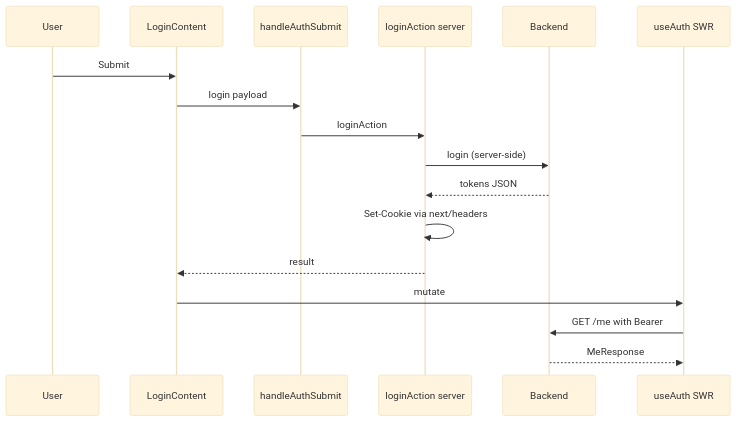
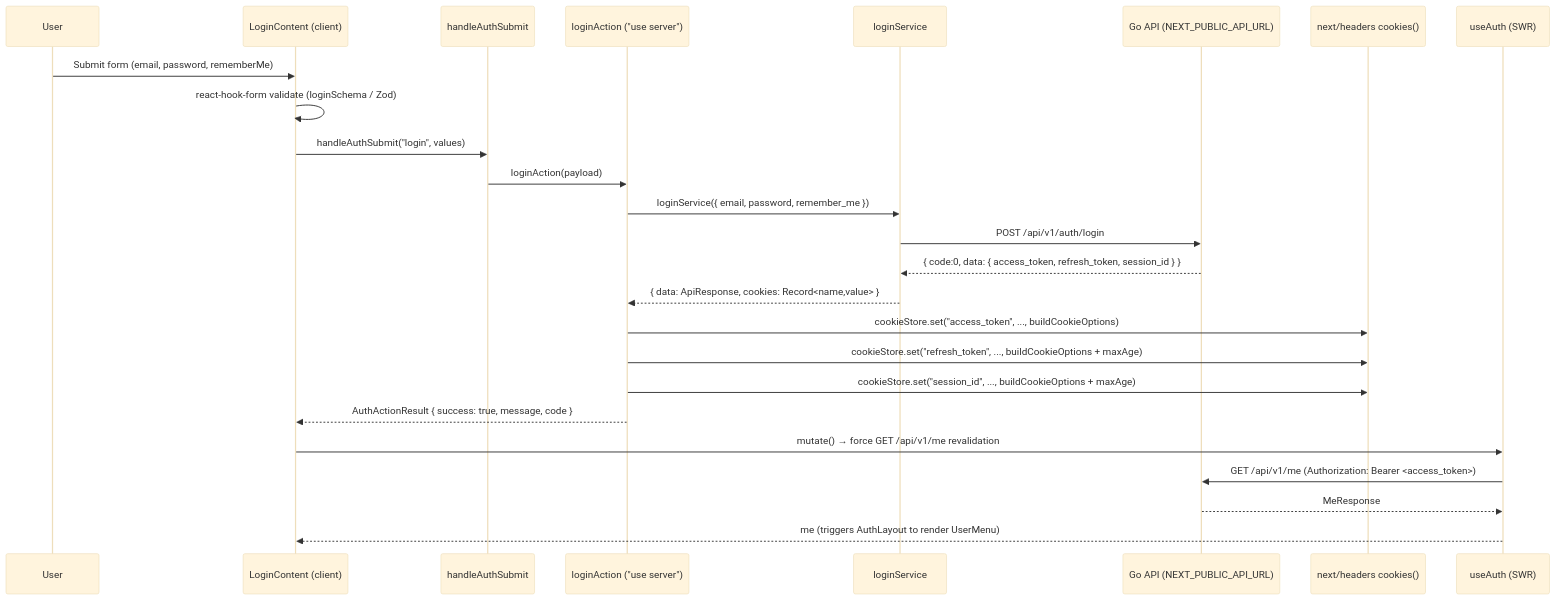
Before and after one commit to lkienkle11/fe-mycourse: the first of 2 diagrams in docs/flow.md, drawn with Mermaid (base theme). The commit also changed other lines of this file and 3 other files, not shown here.

Commit message:
docs: expand architecture deploy flow screens

````diff
--- a/docs/flow.md
+++ b/docs/flow.md
@@ -63,20 +25,28 @@
 ```mermaid
 sequenceDiagram
   participant U as User
-  participant LC as LoginContent
+  participant LC as LoginContent (client)
   participant H as handleAuthSubmit
-  participant SA as loginAction server
-  participant API as Backend
-  participant SWR as useAuth SWR
+  participant SA as loginAction ("use server")
+  participant LS as loginService
+  participant API as Go API (NEXT_PUBLIC_API_URL)
+  participant CK as next/headers cookies()
+  participant SWR as useAuth (SWR)
 
-  U->>LC: Submit
-  LC->>H: login payload
-  H->>SA: loginAction
-  SA->>API: login (server-side)
-  API-->>SA: tokens JSON
-  SA->>SA: Set-Cookie via next/headers
-  SA-->>LC: result
-  LC->>SWR: mutate
-  SWR->>API: GET /me with Bearer
+  U->>LC: Submit form (email, password, rememberMe)
+  LC->>LC: react-hook-form validate (loginSchema / Zod)
+  LC->>H: handleAuthSubmit("login", values)
+  H->>SA: loginAction(payload)
+  SA->>LS: loginService({ email, password, remember_me })
+  LS->>API: POST /api/v1/auth/login
+  API-->>LS: { code:0, data: { access_token, refresh_token, session_id } }
+  LS-->>SA: { data: ApiResponse, cookies: Record<name,value> }
+  SA->>CK: cookieStore.set("access_token", ..., buildCookieOptions)
+  SA->>CK: cookieStore.set("refresh_token", ..., buildCookieOptions + maxAge)
+  SA->>CK: cookieStore.set("session_id", ..., buildCookieOptions + maxAge)
+  SA-->>LC: AuthActionResult { success: true, message, code }
+  LC->>SWR: mutate() → force GET /api/v1/me revalidation
+  SWR->>API: GET /api/v1/me  (Authorization: Bearer <access_token>)
   API-->>SWR: MeResponse
+  SWR-->>LC: me (triggers AuthLayout to render UserMenu)
 ```
````
